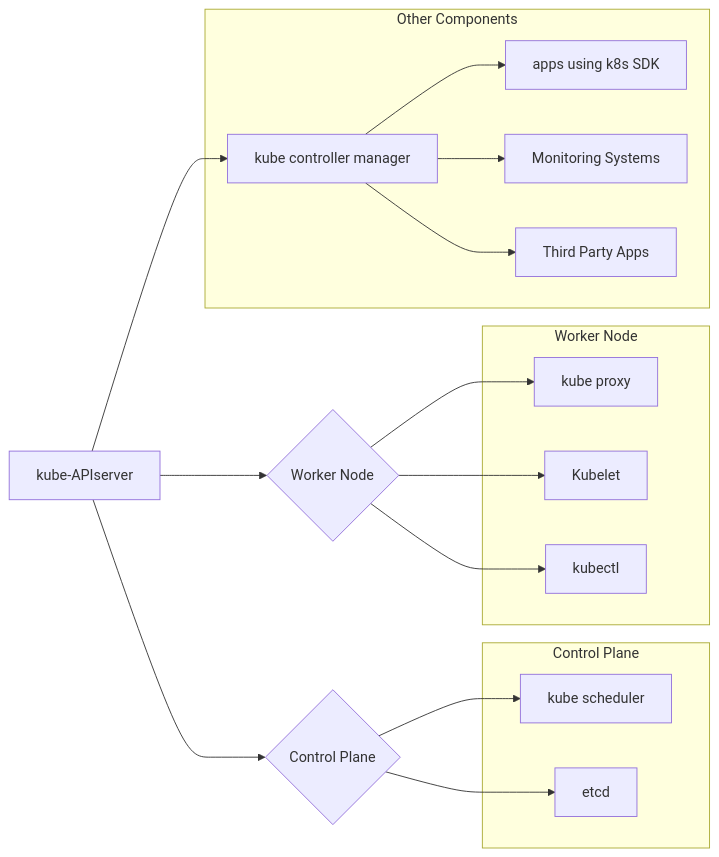
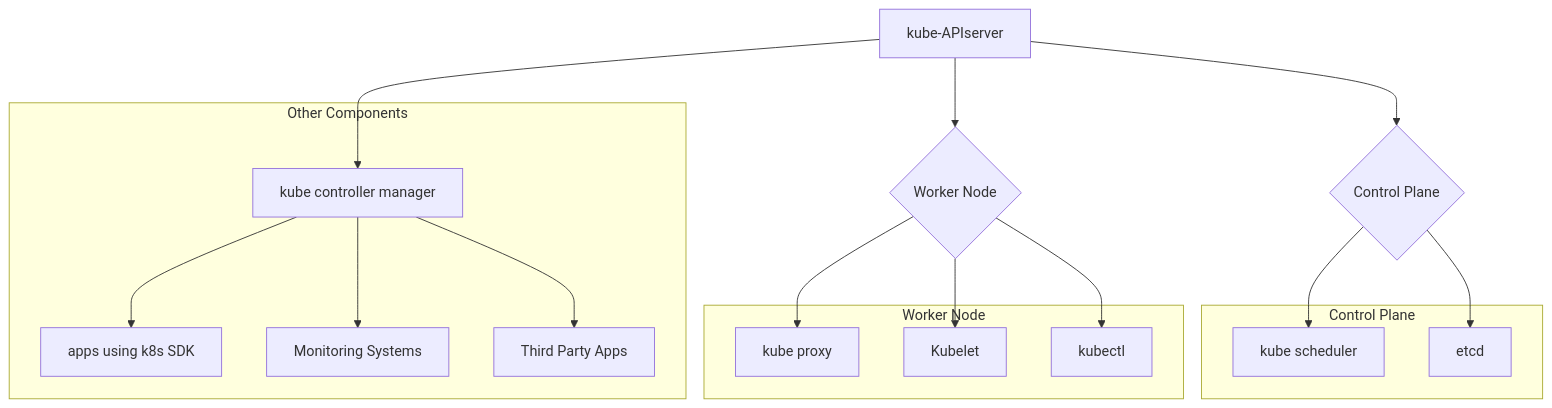
The diagram in Architecture_Overview.md (007chiragshah/tucana), drawn with Mermaid before and after one commit.

````diff
--- a/Architecture_Overview.md
+++ b/Architecture_Overview.md
@@ -17,30 +17,29 @@
     ```mermaid
-
-    graph LR
+    graph TD
     A[kube-APIserver] --> B{Control Plane}
     A --> C{Worker Node}
     B --> D[kube scheduler]
     B --> E[etcd]
     C --> F[kube proxy]
     C --> G[Kubelet]
     C --> H[kubectl]
     A --> I[kube controller manager]
     I --> J[apps using k8s SDK]
     I --> K[Monitoring Systems]
     I --> L[Third Party Apps]
     subgraph Control Plane
         D
         E
     end
     subgraph Worker Node
         F
         G
         H
     end
     subgraph Other Components
         I
         J
         K
         L
     end
     ```
````
